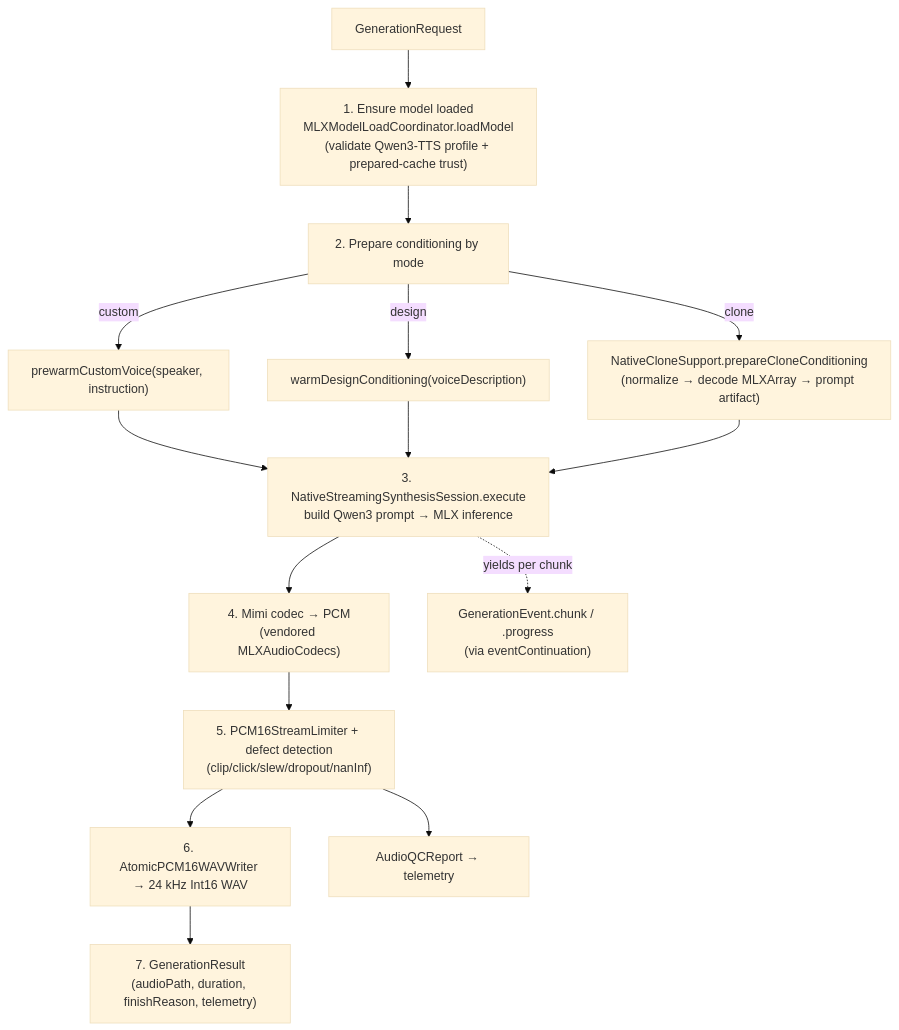
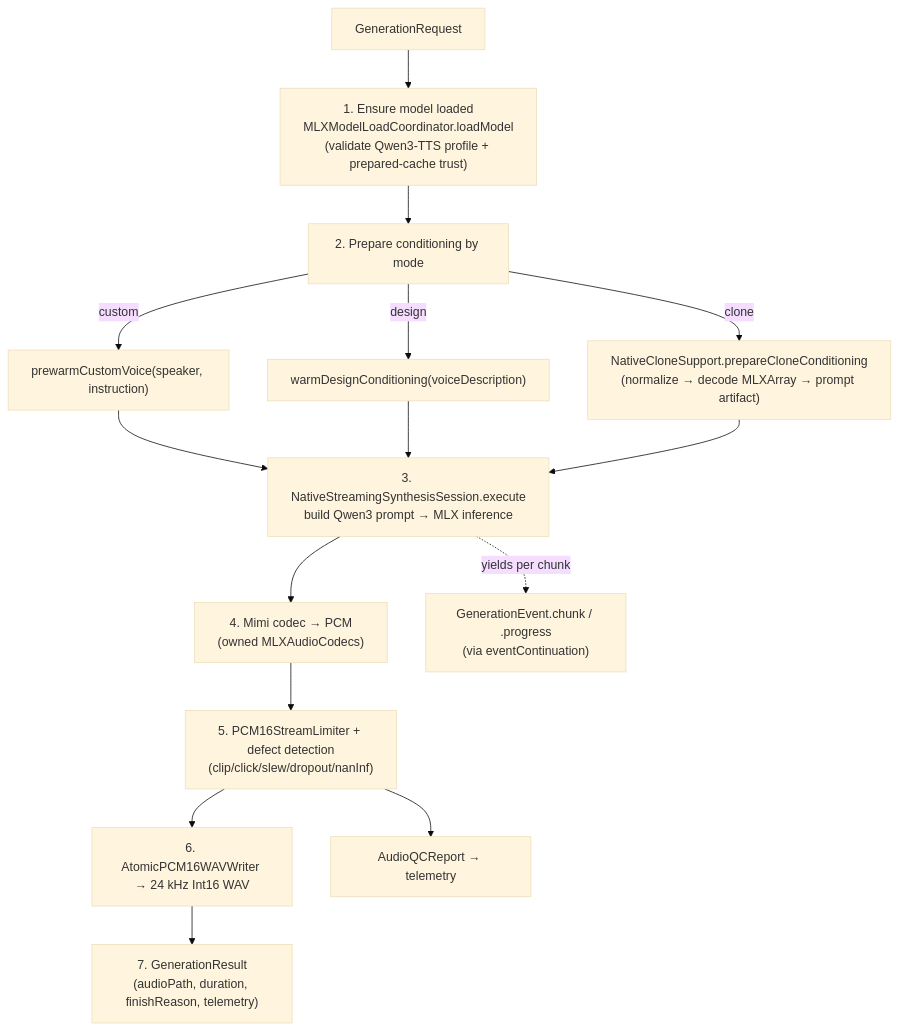
The third of 5 diagrams in docs/ARCHITECTURE.md (PowerBeef/QwenVoice), drawn with Mermaid (base theme) before and after one commit. The commit also changed other lines of this file and 297 other files, not shown here.

````diff
--- a/docs/ARCHITECTURE.md
+++ b/docs/ARCHITECTURE.md
@@ -302,17 +310,17 @@
 ```mermaid
 flowchart TD
     Req["GenerationRequest"] --> Ensure["1. Ensure model loaded<br/>MLXModelLoadCoordinator.loadModel<br/>(validate Qwen3-TTS profile + prepared-cache trust)"]
     Ensure --> Cond["2. Prepare conditioning by mode"]
     Cond -->|"custom"| CW["prewarmCustomVoice(speaker, instruction)"]
     Cond -->|"design"| DW["warmDesignConditioning(voiceDescription)"]
     Cond -->|"clone"| CL["NativeCloneSupport.prepareCloneConditioning<br/>(normalize → decode MLXArray → prompt artifact)"]
     CW --> Run
     DW --> Run
     CL --> Run
-    Run["3. NativeStreamingSynthesisSession.execute<br/>build Qwen3 prompt → MLX inference"] --> Codec["4. Mimi codec → PCM<br/>(vendored MLXAudioCodecs)"]
+    Run["3. NativeStreamingSynthesisSession.execute<br/>build Qwen3 prompt → MLX inference"] --> Codec["4. Mimi codec → PCM<br/>(owned MLXAudioCodecs)"]
     Codec --> Lim["5. PCM16StreamLimiter + defect detection<br/>(clip/click/slew/dropout/nanInf)"]
     Lim --> WAV["6. AtomicPCM16WAVWriter → 24 kHz Int16 WAV"]
     WAV --> Out["7. GenerationResult<br/>(audioPath, duration, finishReason, telemetry)"]
     Run -.->|"yields per chunk"| Ev["GenerationEvent.chunk / .progress<br/>(via eventContinuation)"]
     Lim --> QC["AudioQCReport → telemetry"]
 ```
````
